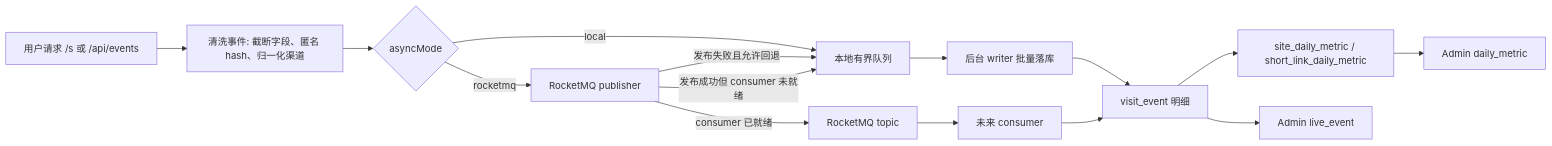
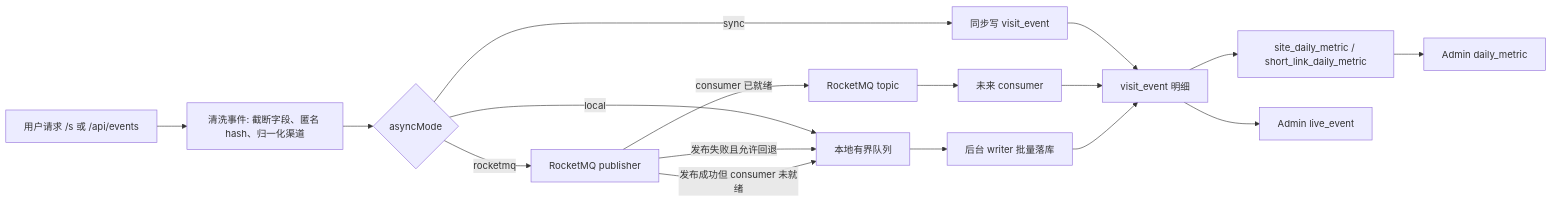
One commit to Oliver1205/wuxing-persona-card changed the diagram in docs/rocketmq-visit-event-design.md. Above: the diagram before and after it, drawn with Mermaid. The commit also changed other lines of this file and 164 other files, not shown here.

````diff
--- a/docs/rocketmq-visit-event-design.md
+++ b/docs/rocketmq-visit-event-design.md
@@ -80,17 +87,19 @@
 ```mermaid
 flowchart LR
   Request["用户请求 /s 或 /api/events"] --> Clean["清洗事件: 截断字段、匿名 hash、归一化渠道"]
   Clean --> Mode{"asyncMode"}
   Mode -->|"local"| LocalQueue["本地有界队列"]
+  Mode -->|"sync"| DirectWrite["同步写 visit_event"]
   Mode -->|"rocketmq"| Publisher["RocketMQ publisher"]
+  DirectWrite --> VisitEvent
   Publisher -->|"发布失败且允许回退"| LocalQueue
   Publisher -->|"发布成功但 consumer 未就绪"| LocalQueue
   Publisher -->|"consumer 已就绪"| MQ["RocketMQ topic"]
   MQ --> Consumer["未来 consumer"]
   Consumer --> VisitEvent["visit_event 明细"]
   LocalQueue --> Writer["后台 writer 批量落库"]
   Writer --> VisitEvent
   VisitEvent --> Daily["site_daily_metric / short_link_daily_metric"]
   VisitEvent --> AdminLive["Admin live_event"]
   Daily --> AdminDaily["Admin daily_metric"]
 ```
````
